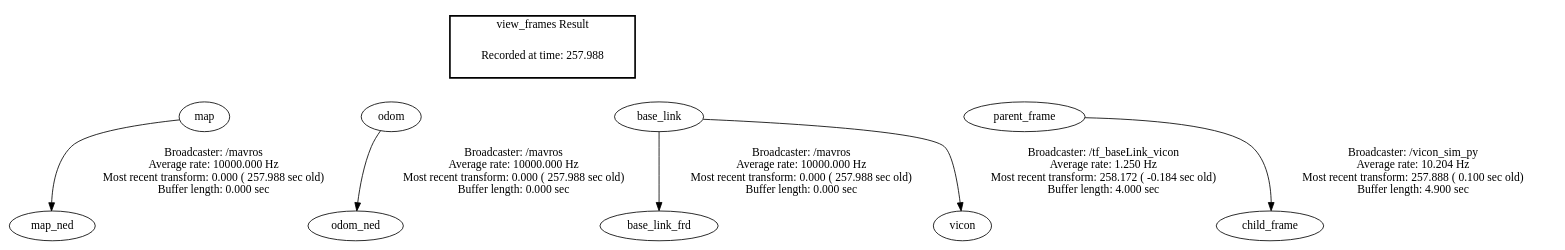
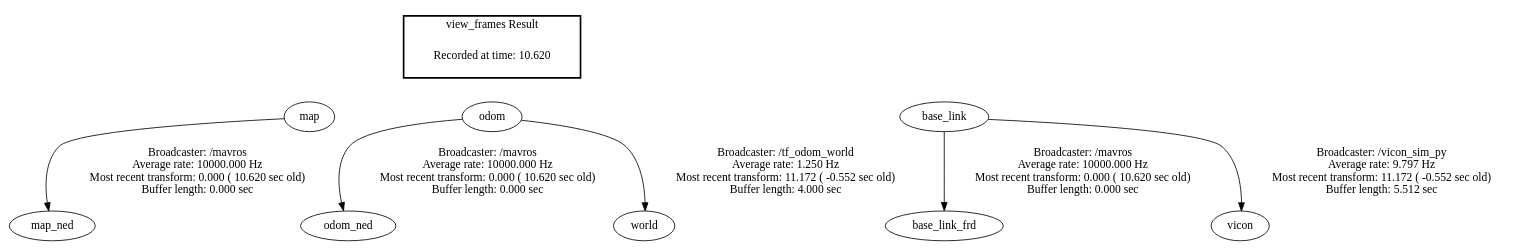
Before and after one commit to JasonJZLiu/ROB498-Capstone-Project: the diagram in rob498_drone/scripts/frames.gv, drawn with Graphviz. The commit also changed 11 other files, not shown here.

```diff
--- a/rob498_drone/scripts/frames.gv
+++ b/rob498_drone/scripts/frames.gv
@@ -1,23 +1,19 @@
 digraph G {
-"map" -> "map_ned"[label="Broadcaster: /mavros\nAverage rate: 10000.000 Hz\nMost recent transform: 0.000 ( 257.988 sec old)\nBuffer length: 0.000 sec\n"];
-"odom" -> "odom_ned"[label="Broadcaster: /mavros\nAverage rate: 10000.000 Hz\nMost recent transform: 0.000 ( 257.988 sec old)\nBuffer length: 0.000 sec\n"];
-"base_link" -> "base_link_frd"[label="Broadcaster: /mavros\nAverage rate: 10000.000 Hz\nMost recent transform: 0.000 ( 257.988 sec old)\nBuffer length: 0.000 sec\n"];
-"parent_frame" -> "child_frame"[label="Broadcaster: /vicon_sim_py\nAverage rate: 10.204 Hz\nMost recent transform: 257.888 ( 0.100 sec old)\nBuffer length: 4.900 sec\n"];
-"base_link" -> "vicon"[label="Broadcaster: /tf_baseLink_vicon\nAverage rate: 1.250 Hz\nMost recent transform: 258.172 ( -0.184 sec old)\nBuffer length: 4.000 sec\n"];
+"map" -> "map_ned"[label="Broadcaster: /mavros\nAverage rate: 10000.000 Hz\nMost recent transform: 0.000 ( 10.620 sec old)\nBuffer length: 0.000 sec\n"];
+"odom" -> "odom_ned"[label="Broadcaster: /mavros\nAverage rate: 10000.000 Hz\nMost recent transform: 0.000 ( 10.620 sec old)\nBuffer length: 0.000 sec\n"];
+"base_link" -> "base_link_frd"[label="Broadcaster: /mavros\nAverage rate: 10000.000 Hz\nMost recent transform: 0.000 ( 10.620 sec old)\nBuffer length: 0.000 sec\n"];
+"base_link" -> "vicon"[label="Broadcaster: /vicon_sim_py\nAverage rate: 9.797 Hz\nMost recent transform: 11.172 ( -0.552 sec old)\nBuffer length: 5.512 sec\n"];
+"odom" -> "world"[label="Broadcaster: /tf_odom_world\nAverage rate: 1.250 Hz\nMost recent transform: 11.172 ( -0.552 sec old)\nBuffer length: 4.000 sec\n"];
 edge [style=invis];
  subgraph cluster_legend { style=bold; color=black; label ="view_frames Result";
-"Recorded at time: 257.988"[ shape=plaintext ] ;
+"Recorded at time: 10.620"[ shape=plaintext ] ;
  }->"map";
 edge [style=invis];
  subgraph cluster_legend { style=bold; color=black; label ="view_frames Result";
-"Recorded at time: 257.988"[ shape=plaintext ] ;
+"Recorded at time: 10.620"[ shape=plaintext ] ;
  }->"odom";
 edge [style=invis];
  subgraph cluster_legend { style=bold; color=black; label ="view_frames Result";
-"Recorded at time: 257.988"[ shape=plaintext ] ;
+"Recorded at time: 10.620"[ shape=plaintext ] ;
  }->"base_link";
-edge [style=invis];
- subgraph cluster_legend { style=bold; color=black; label ="view_frames Result";
-"Recorded at time: 257.988"[ shape=plaintext ] ;
- }->"parent_frame";
 }
```
